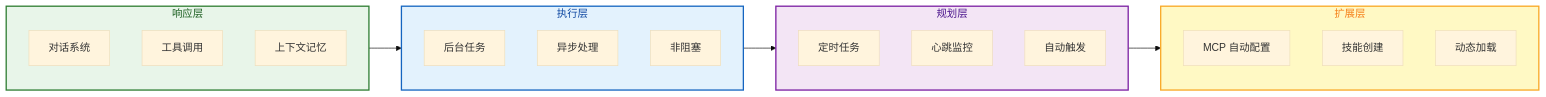
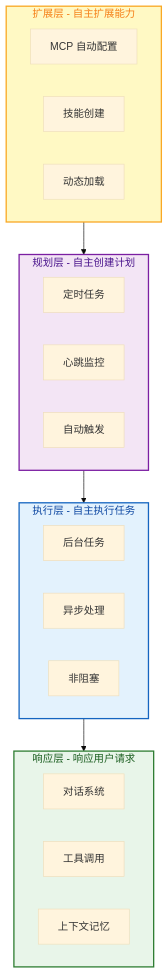
The first of 9 diagrams in README_CN.md (zhangjingyuan177-hue/FinchBot), drawn with Mermaid (base theme) before and after one commit. The commit also changed other lines of this file and 1 other file, not shown here.

````diff
--- a/README_CN.md
+++ b/README_CN.md
@@ -154,33 +63,37 @@
 ```mermaid
-flowchart LR
-    subgraph L1["响应层"]
+flowchart TB
+    subgraph L4["扩展层 - 自主扩展能力"]
+        direction LR
+        E1["MCP 自动配置"]
+        E2["技能创建"]
+        E3["动态加载"]
+    end
+
+    subgraph L3["规划层 - 自主创建计划"]
+        direction LR
+        P1["定时任务"]
+        P2["心跳监控"]
+        P3["自动触发"]
+    end
+
+    subgraph L2["执行层 - 自主执行任务"]
+        direction LR
+        X1["后台任务"]
+        X2["异步处理"]
+        X3["非阻塞"]
+    end
+
+    subgraph L1["响应层 - 响应用户请求"]
+        direction LR
         R1["对话系统"]
         R2["工具调用"]
         R3["上下文记忆"]
     end
 
-    subgraph L2["执行层"]
-        X1["后台任务"]
-        X2["异步处理"]
-        X3["非阻塞"]
-    end
-
-    subgraph L3["规划层"]
-        P1["定时任务"]
-        P2["心跳监控"]
-        P3["自动触发"]
-    end
-
-    subgraph L4["扩展层"]
-        E1["MCP 自动配置"]
-        E2["技能创建"]
-        E3["动态加载"]
-    end
-
-    L1 --> L2 --> L3 --> L4
+    L4 --> L3 --> L2 --> L1
 
     style L1 fill:#e8f5e9,stroke:#2e7d32,stroke-width:2px,color:#1b5e20
     style L2 fill:#e3f2fd,stroke:#1565c0,stroke-width:2px,color:#0d47a1
     style L3 fill:#f3e5f5,stroke:#7b1fa2,stroke-width:2px,color:#4a148c
     style L4 fill:#fff9c4,stroke:#f9a825,stroke-width:2px,color:#f57f17
 ```
````
